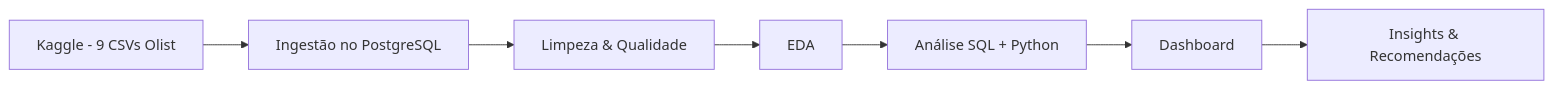
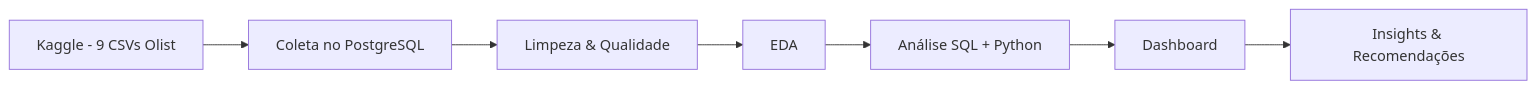
Before and after one commit to luanssk-tech/olist-delivery-insights: the first of 2 diagrams in README.md, drawn with Mermaid. The commit also changed other lines of this file, not shown here.

````diff
--- a/README.md
+++ b/README.md
@@ -136,9 +134,9 @@
 ```mermaid
 flowchart LR
-    A[Kaggle - 9 CSVs Olist] --> B[Ingestão no PostgreSQL]
+    A[Kaggle - 9 CSVs Olist] --> B[Coleta no PostgreSQL]
     B --> C[Limpeza & Qualidade]
     C --> D[EDA]
     D --> E[Análise SQL + Python]
     E --> F[Dashboard]
     F --> G[Insights & Recomendações]
 ```
````
